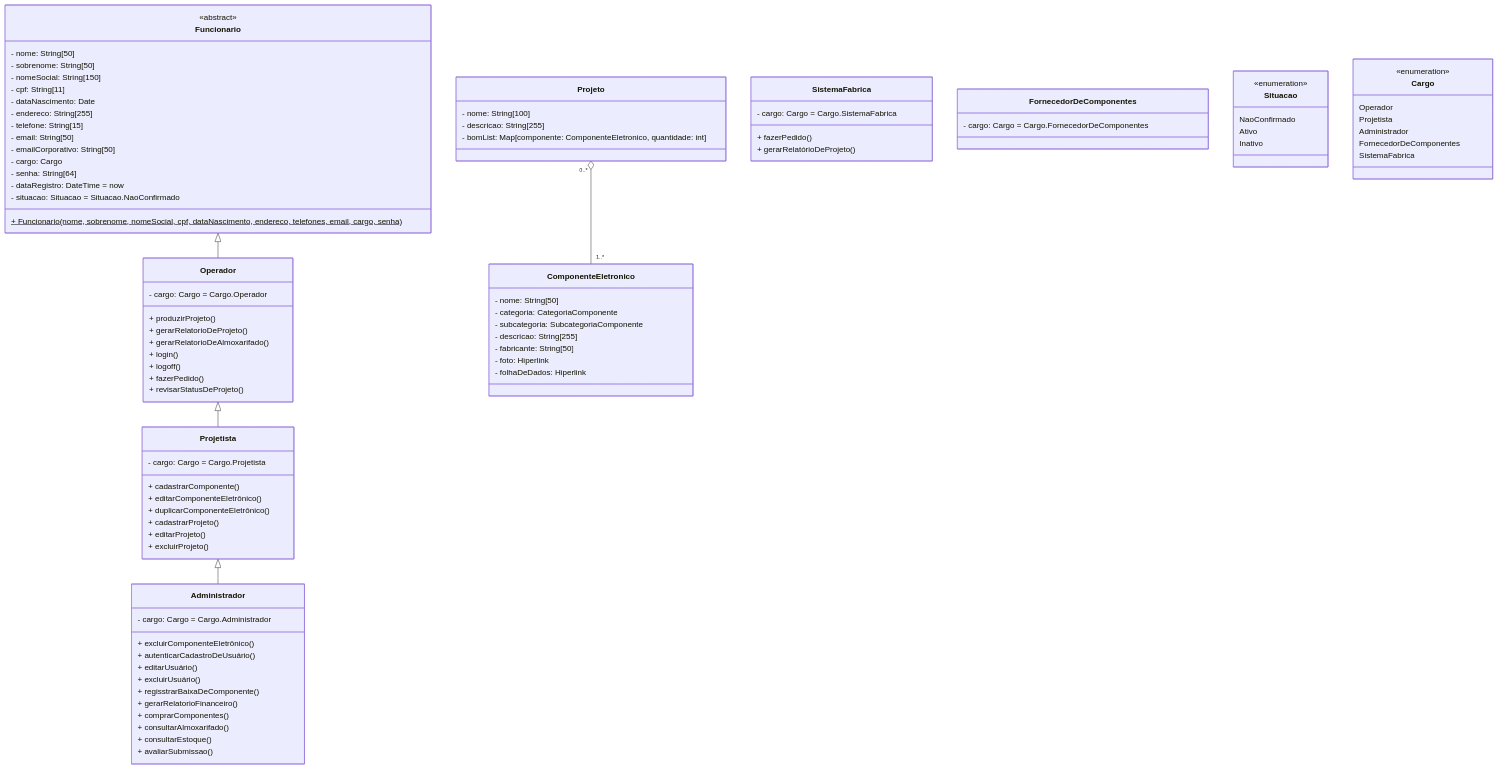
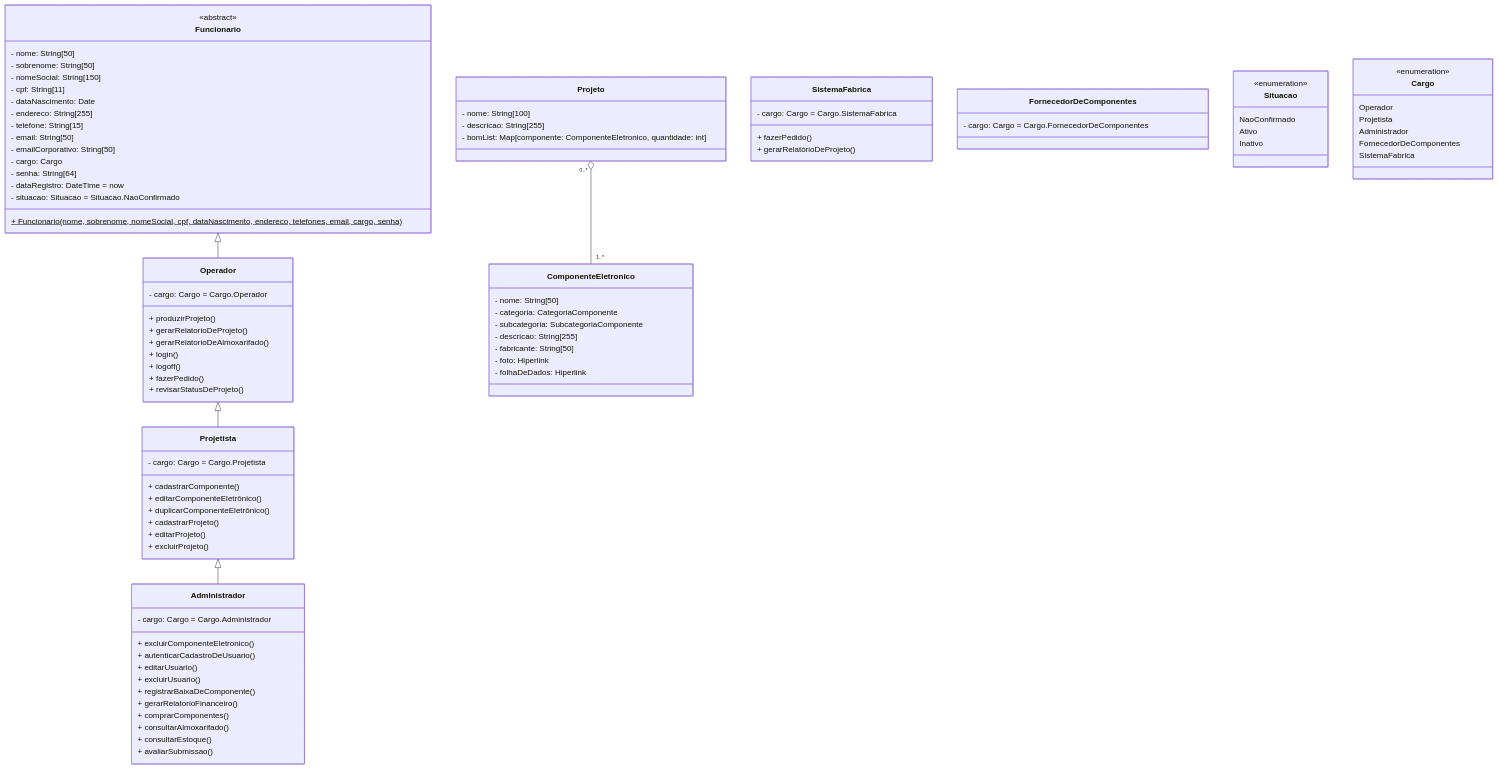
The diagram in diagrama-de-classes/README.md (PabloBF/minha-fabrica), drawn with Mermaid before and after one commit.

Commit message:
Atualizações/correções na classe Administrador
Métodos estavam com acentos...

```diff
--- a/diagrama-de-classes/README.md
+++ b/diagrama-de-classes/README.md
@@ -56,11 +56,11 @@
     
     class Administrador {
     - cargo: Cargo = Cargo.Administrador
-    + excluirComponenteEletrônico()
-    + autenticarCadastroDeUsuário()
-    + editarUsuário()
-    + excluirUsuário()
-    + regisstrarBaixaDeComponente()
+    + excluirComponenteEletronico()
+    + autenticarCadastroDeUsuario()
+    + editarUsuario()
+    + excluirUsuario()
+    + registrarBaixaDeComponente()
     + gerarRelatorioFinanceiro()
     + comprarComponentes()
     + consultarAlmoxarifado()
```
